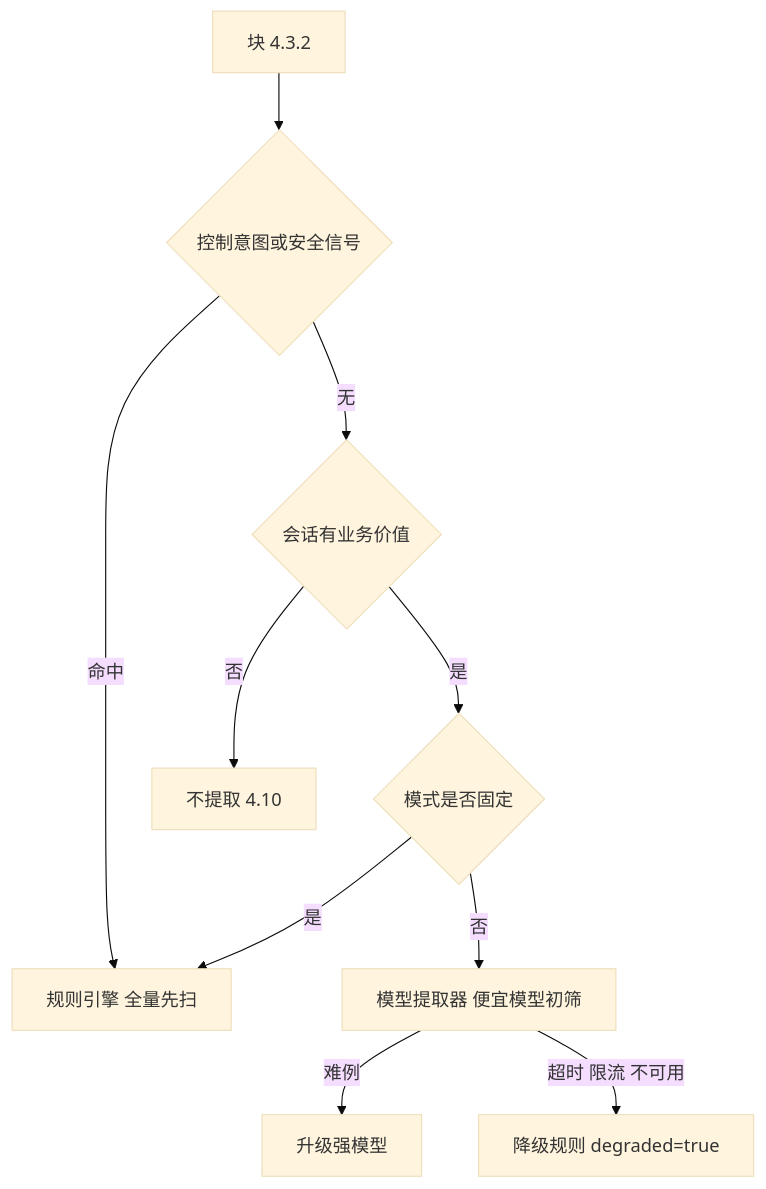
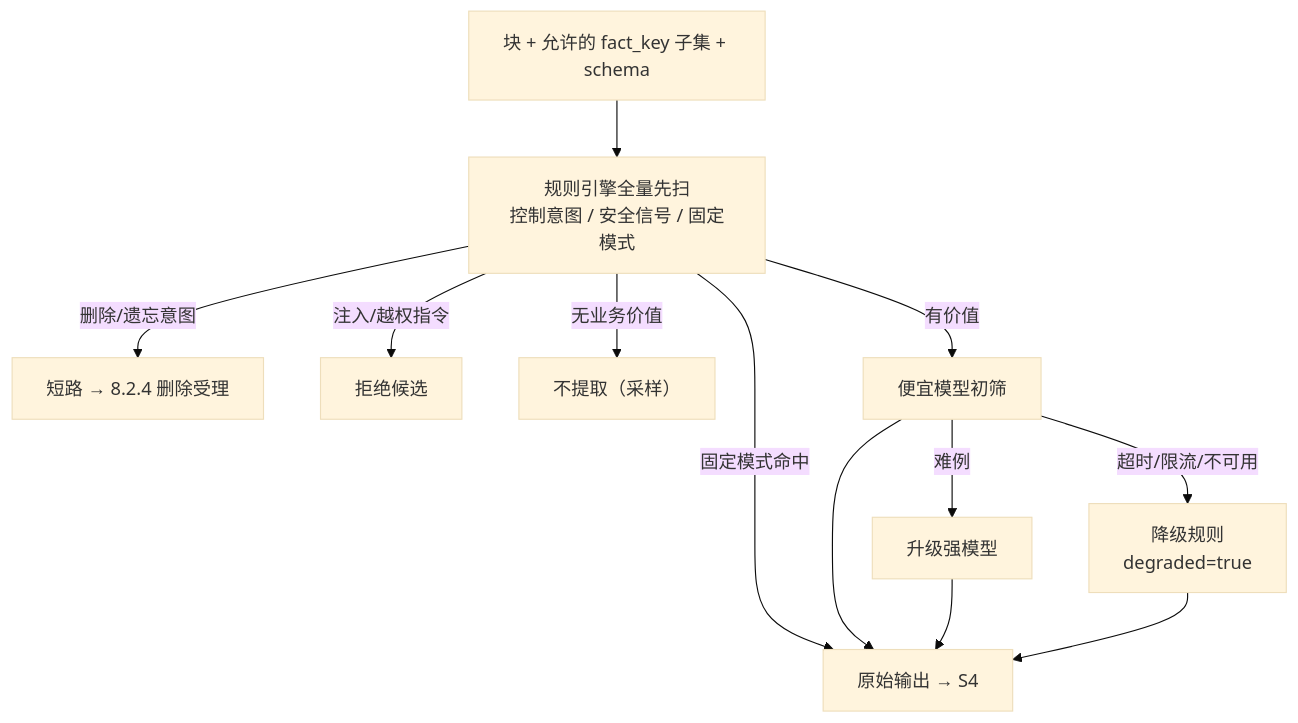
One commit to luming1617/mms changed the fourth of 10 diagrams in docs/2-详细设计/04-记忆抽取.md. Above: the diagram before and after it, drawn with Mermaid (base theme). The commit also changed other lines of this file and 37 other files, not shown here.

````diff
--- a/docs/2-详细设计/04-记忆抽取.md
+++ b/docs/2-详细设计/04-记忆抽取.md
@@ -193,12 +95,14 @@
 ```mermaid
 flowchart TD
-  A["块 4.3.2"] --> B{"控制意图或安全信号"}
-  B -->|命中| R["规则引擎 全量先扫"]
-  B -->|无| C{"会话有业务价值"}
-  C -->|否| Z["不提取 4.10"]
-  C -->|是| D{"模式是否固定"}
-  D -->|是| R
-  D -->|否| M["模型提取器 便宜模型初筛"]
-  M -->|难例| M2["升级强模型"]
-  M -->|超时 限流 不可用| G["降级规则 degraded=true"]
+  B["块 + 允许的 fact_key 子集 + schema"] --> R["规则引擎全量先扫<br/>控制意图 / 安全信号 / 固定模式"]
+  R -->|删除/遗忘意图| DEL["短路 → 8.2.4 删除受理"]
+  R -->|注入/越权指令| REJ["拒绝候选"]
+  R -->|无业务价值| SKIP["不提取（采样）"]
+  R -->|固定模式命中| O["原始输出 → S4"]
+  R -->|有价值| L["便宜模型初筛"]
+  L -->|难例| H["升级强模型"]
+  L -->|超时/限流/不可用| G["降级规则<br/>degraded=true"]
+  L --> O
+  H --> O
+  G --> O
 ```
````
